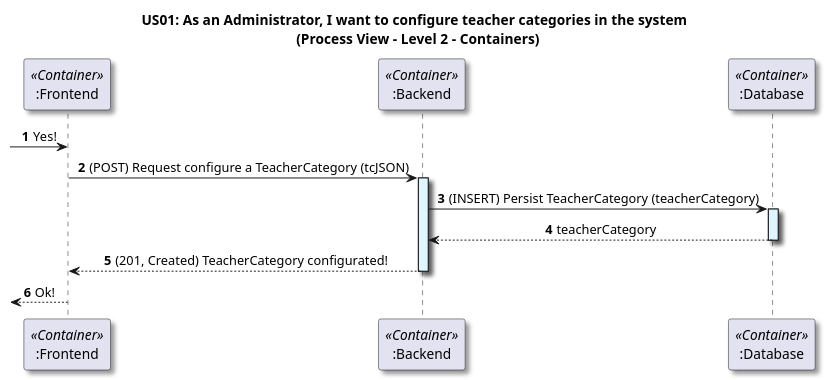
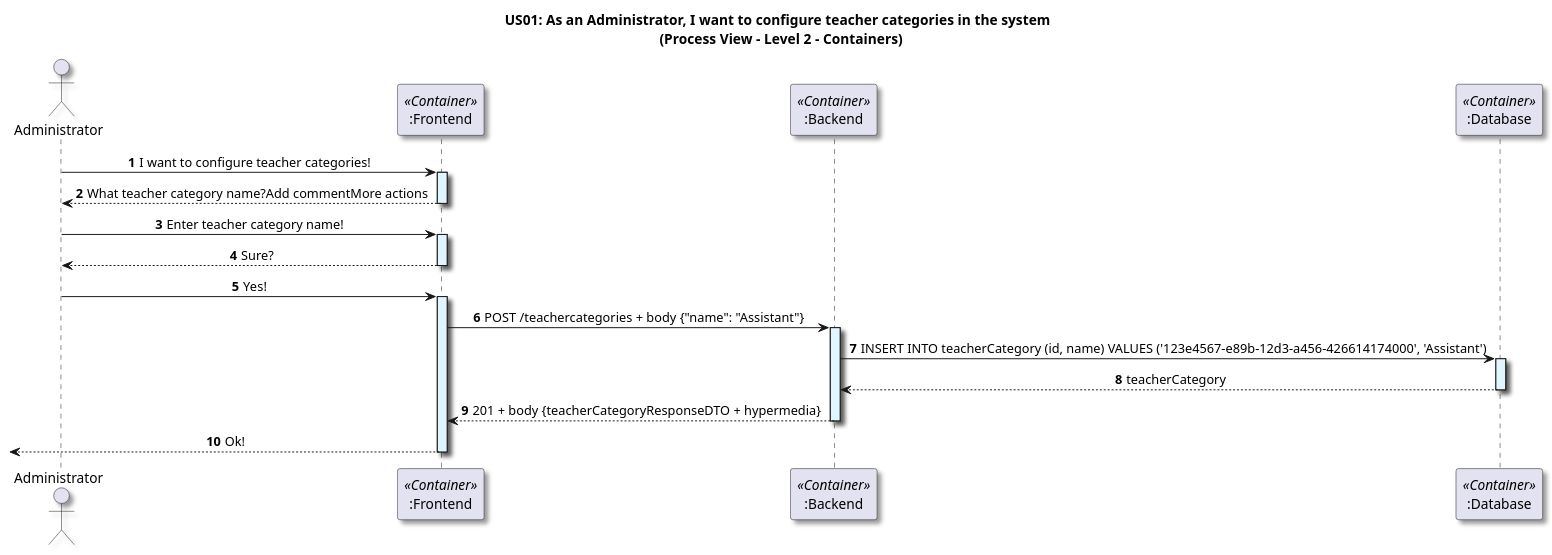
Before and after one commit to GasparISEP/DevOps-PAI: the diagram in docs/US01/Sprint6_RestAPI/ProcessView/Level2.puml, drawn with PlantUML. The commit also changed 2 other files, not shown here.

Commit message:
refactor (diagrams): update L2 and L3 process view and L4 scenario view diagrams  - improved message descriptions with HTTP methods and status codes. Closes #649

```diff
--- a/docs/US01/Sprint6_RestAPI/ProcessView/Level2.puml
+++ b/docs/US01/Sprint6_RestAPI/ProcessView/Level2.puml
@@ -1,34 +1,45 @@
 @startuml
 
 title US01: As an Administrator, I want to configure teacher categories in the system \n (Process View - Level 2 - Containers)
 
 skinparam componentStyle component
 skinparam defaultTextAlignment center
 skinparam shadowing true
 
 autonumber
 
-
+actor Administrator as admin
 participant ":Frontend" as frontend <<Container>>
 participant ":Backend" as backend <<Container>>
 participant ":Database" as db <<Container>>
 
 
--> frontend: Yes!
+admin -> frontend: I want to configure teacher categories!
+activate frontend #E1F5FE
+frontend --> admin: What teacher category name?Add commentMore actions
+deactivate frontend
 
-frontend -> backend: (POST) Request configure a TeacherCategory (tcJSON)
+admin -> frontend: Enter teacher category name!
+activate frontend #E1F5FE
+frontend --> admin: Sure?
+deactivate frontend
+
+admin -> frontend: Yes!
+activate frontend #E1F5FE
+
+frontend -> backend: POST /teachercategories + body {"name": "Assistant"}
 activate backend #E1F5FE
 
-backend -> db: (INSERT) Persist TeacherCategory (teacherCategory)
+backend -> db: INSERT INTO teacherCategory (id, name) VALUES ('123e4567-e89b-12d3-a456-426614174000', 'Assistant')
 activate db #E1F5FE
 
 db --> backend: teacherCategory
 deactivate db
 
-backend --> frontend: (201, Created) TeacherCategory configurated!
+backend --> frontend: 201 + body {teacherCategoryResponseDTO + hypermedia}
 deactivate backend
 
 <-- frontend : Ok!
 deactivate frontend
 
 @enduml
```
